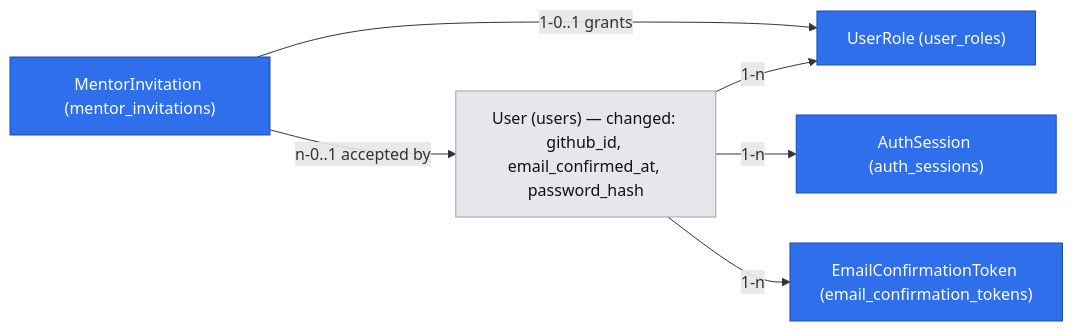
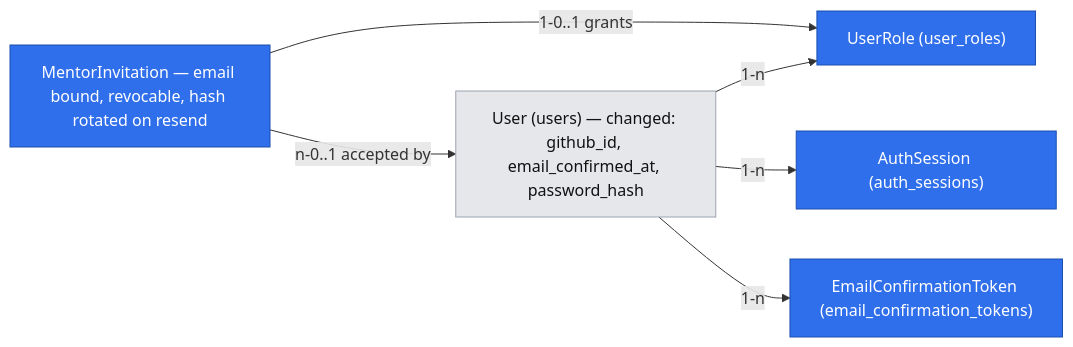
The second of 2 diagrams in .ai/specs/2026-10-17-accounts-and-roles.md (rafsaw/ai_techleaders), drawn with Mermaid before and after one commit. The commit also changed other lines of this file and 3 other files, not shown here.

````diff
--- a/.ai/specs/2026-10-17-accounts-and-roles.md
+++ b/.ai/specs/2026-10-17-accounts-and-roles.md
@@ -277,17 +296,17 @@
 ```mermaid
 flowchart LR
     classDef newEntity fill:#2f6feb,color:#fff,stroke:#1b4fb0
     classDef existingEntity fill:#e5e7eb,color:#111,stroke:#9ca3af
 
     entity_1["User (users) — changed: github_id, email_confirmed_at, password_hash"]:::existingEntity
     entity_2["UserRole (user_roles)"]:::newEntity
     entity_3["AuthSession (auth_sessions)"]:::newEntity
     entity_4["EmailConfirmationToken (email_confirmation_tokens)"]:::newEntity
-    entity_5["MentorInvitation (mentor_invitations)"]:::newEntity
+    entity_5["MentorInvitation — email bound, revocable, hash rotated on resend"]:::newEntity
 
     entity_1 -->|"1-n"| entity_2
     entity_1 -->|"1-n"| entity_3
     entity_1 -->|"1-n"| entity_4
     entity_5 -->|"1-0..1 grants"| entity_2
     entity_5 -->|"n-0..1 accepted by"| entity_1
 ```
````
